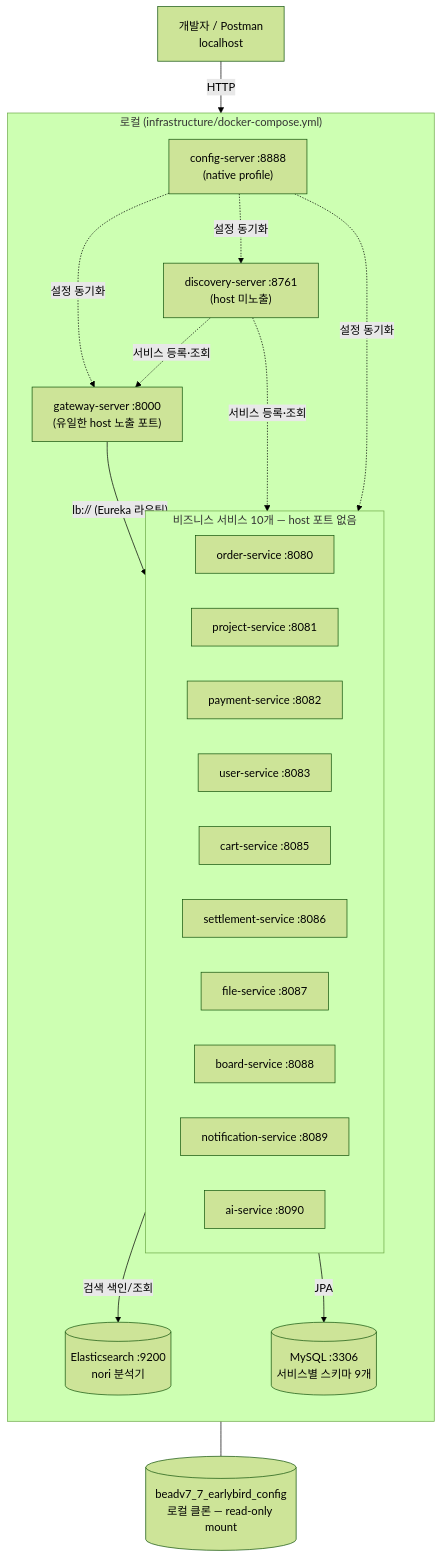
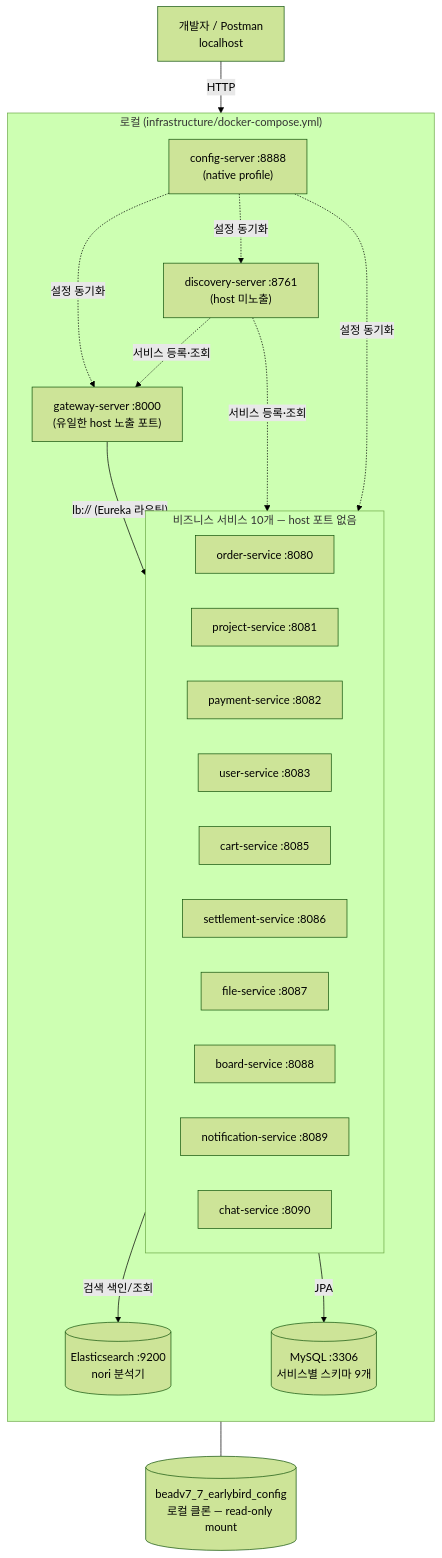
The first of 3 diagrams in docs/summary/INFRA_DIAGRAM.md (prgrms-be-adv-devcourse/beadv7_7_earlybird_BE), drawn with Mermaid (forest theme) before and after one commit. The commit also changed 65 other files, not shown here.

First line of the commit message:
chore: ai-service 모듈을 chat-service 로 이름 변경

````diff
--- a/docs/summary/INFRA_DIAGRAM.md
+++ b/docs/summary/INFRA_DIAGRAM.md
@@ -12,41 +12,41 @@
 ```mermaid
 flowchart TD
   client["개발자 / Postman<br/>localhost"]
 
   subgraph EDGE["로컬 (infrastructure/docker-compose.yml)"]
     direction TB
     GW["gateway-server :8000<br/>(유일한 host 노출 포트)"]
 
     subgraph SVC["비즈니스 서비스 10개 — host 포트 없음"]
       direction LR
       ORDER["order-service :8080"]
       PROJECT["project-service :8081"]
       PAYMENT["payment-service :8082"]
       USER["user-service :8083"]
       CART["cart-service :8085"]
       SETTLE["settlement-service :8086"]
       FILE["file-service :8087"]
       BOARD["board-service :8088"]
       NOTI["notification-service :8089"]
-      AI["ai-service :8090"]
+      AI["chat-service :8090"]
     end
 
     CFG["config-server :8888<br/>(native profile)"]
     DISC["discovery-server :8761<br/>(host 미노출)"]
     MYSQL[("MySQL :3306<br/>서비스별 스키마 9개")]
     ES[("Elasticsearch :9200<br/>nori 분석기")]
   end
 
   CONFIGREPO[("beadv7_7_earlybird_config<br/>로컬 클론 — read-only mount")]
 
   client -->|HTTP| GW
   GW -->|"lb:// (Eureka 라우팅)"| SVC
   CFG -.->|설정 동기화| GW
   CFG -.->|설정 동기화| SVC
   CFG -.->|설정 동기화| DISC
   DISC -.->|서비스 등록·조회| GW
   DISC -.->|서비스 등록·조회| SVC
   SVC -->|JPA| MYSQL
   PROJECT -->|검색 색인/조회| ES
   CFG --- CONFIGREPO
 ```
````
